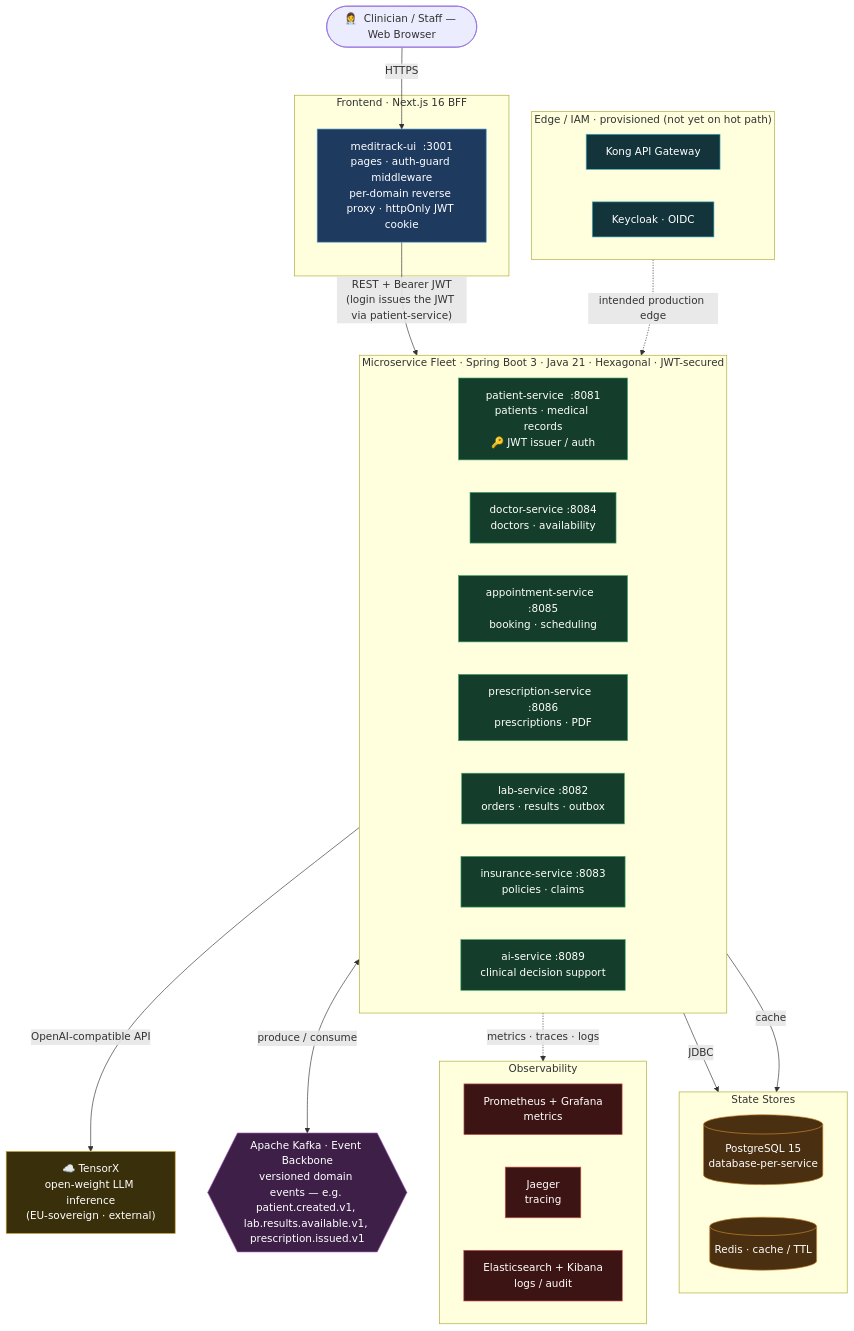
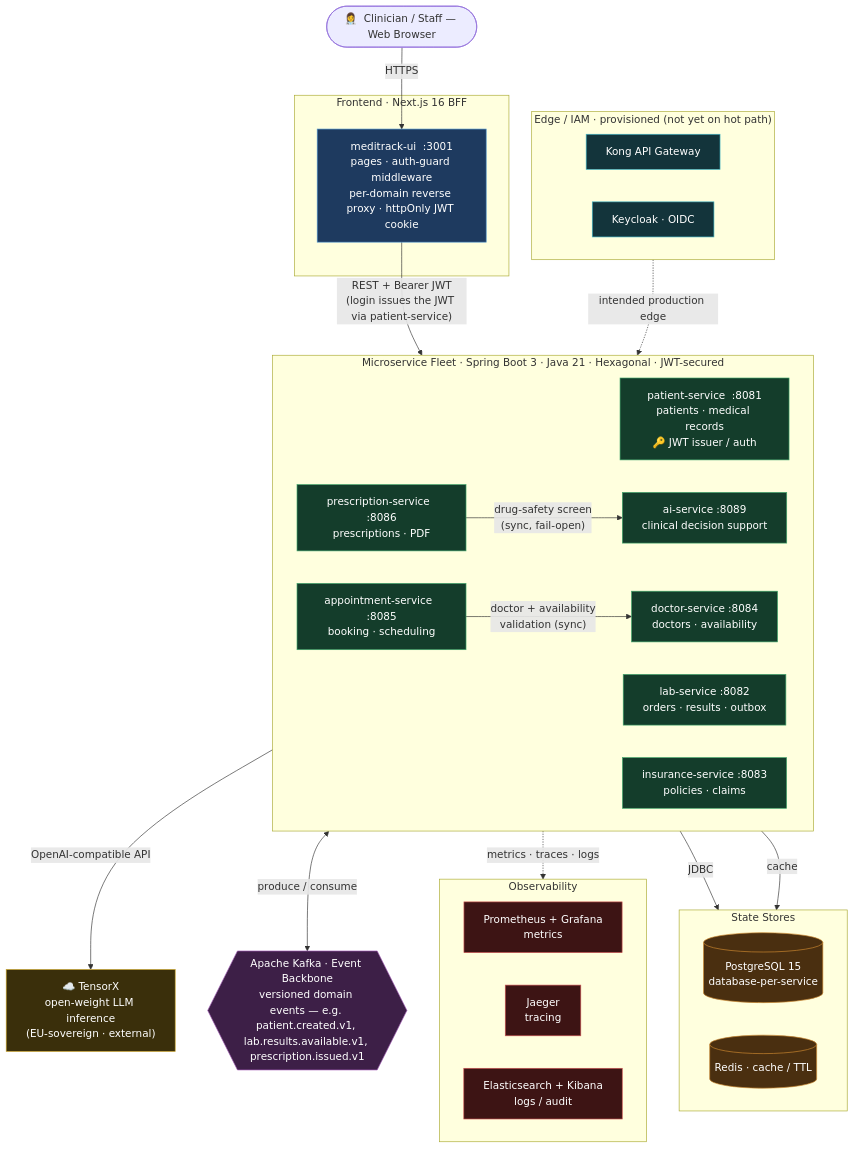
The diagram in README.md (aaditya-diwan/MediTrack), drawn with Mermaid before and after one commit. The commit also changed other lines of this file and 140 other files, not shown here.

````diff
--- a/README.md
+++ b/README.md
@@ -69,66 +73,68 @@
 ```mermaid
 flowchart TB
     User(["👩‍⚕️  Clinician / Staff — Web Browser"])
 
     subgraph FE["Frontend · Next.js 16 BFF"]
         UI["meditrack-ui  :3001<br/>pages · auth-guard middleware<br/>per-domain reverse proxy · httpOnly JWT cookie"]
     end
 
     subgraph EDGE["Edge / IAM · provisioned (not yet on hot path)"]
         KONG["Kong API Gateway"]
         KC["Keycloak · OIDC"]
     end
 
     subgraph SVC["Microservice Fleet · Spring Boot 3 · Java 21 · Hexagonal · JWT-secured"]
         direction LR
         PAT["patient-service  :8081<br/>patients · medical records<br/>🔑 JWT issuer / auth"]
         DOC["doctor-service  :8084<br/>doctors · availability"]
         APP["appointment-service  :8085<br/>booking · scheduling"]
         RX["prescription-service  :8086<br/>prescriptions · PDF"]
         LAB["lab-service  :8082<br/>orders · results · outbox"]
         INS["insurance-service  :8083<br/>policies · claims"]
         AI["ai-service  :8089<br/>clinical decision support"]
     end
 
     KAFKA{{"Apache Kafka · Event Backbone<br/>versioned domain events — e.g. patient.created.v1, lab.results.available.v1, prescription.issued.v1"}}
 
     subgraph DATA["State Stores"]
         direction LR
         PG[("PostgreSQL 15<br/>database-per-service")]
         REDIS[("Redis · cache / TTL")]
     end
 
     TX["☁️ TensorX<br/>open-weight LLM inference<br/>(EU-sovereign · external)"]
 
     subgraph OBS["Observability"]
         direction LR
         PROM["Prometheus + Grafana<br/>metrics"]
         JAEGER["Jaeger<br/>tracing"]
         ELK["Elasticsearch + Kibana<br/>logs / audit"]
     end
 
     User -->|HTTPS| UI
     UI -->|"REST + Bearer JWT<br/>(login issues the JWT via patient-service)"| SVC
     EDGE -. "intended production edge" .-> SVC
 
     SVC -->|JDBC| PG
     SVC -->|cache| REDIS
     SVC <-->|"produce / consume"| KAFKA
+    RX -->|"drug-safety screen<br/>(sync, fail-open)"| AI
+    APP -->|"doctor + availability<br/>validation (sync)"| DOC
     AI -->|"OpenAI-compatible API"| TX
     SVC -. "metrics · traces · logs" .-> OBS
 
     classDef fe fill:#1e3a5f,stroke:#4f93ce,color:#fff;
     classDef svc fill:#143d2b,stroke:#3fa66a,color:#fff;
     classDef data fill:#4a2f10,stroke:#d08a30,color:#fff;
     classDef msg fill:#3d1f47,stroke:#a45fb8,color:#fff;
     classDef obs fill:#3d1414,stroke:#cc5151,color:#fff;
     classDef edge fill:#13343b,stroke:#3fb4c4,color:#fff;
     classDef ext fill:#3a2f0b,stroke:#c9a227,color:#fff;
     class UI fe;
     class PAT,DOC,APP,RX,LAB,INS,AI svc;
     class PG,REDIS data;
     class KAFKA msg;
     class PROM,JAEGER,ELK obs;
     class KONG,KC edge;
     class TX ext;
 ```
````
